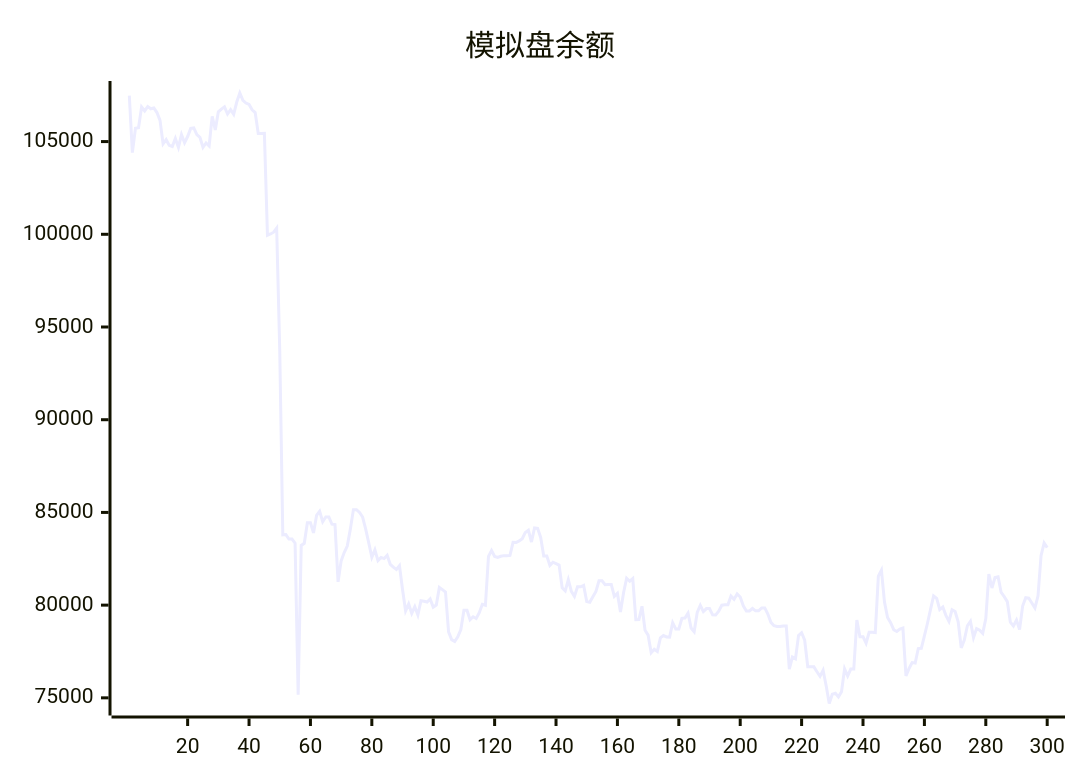
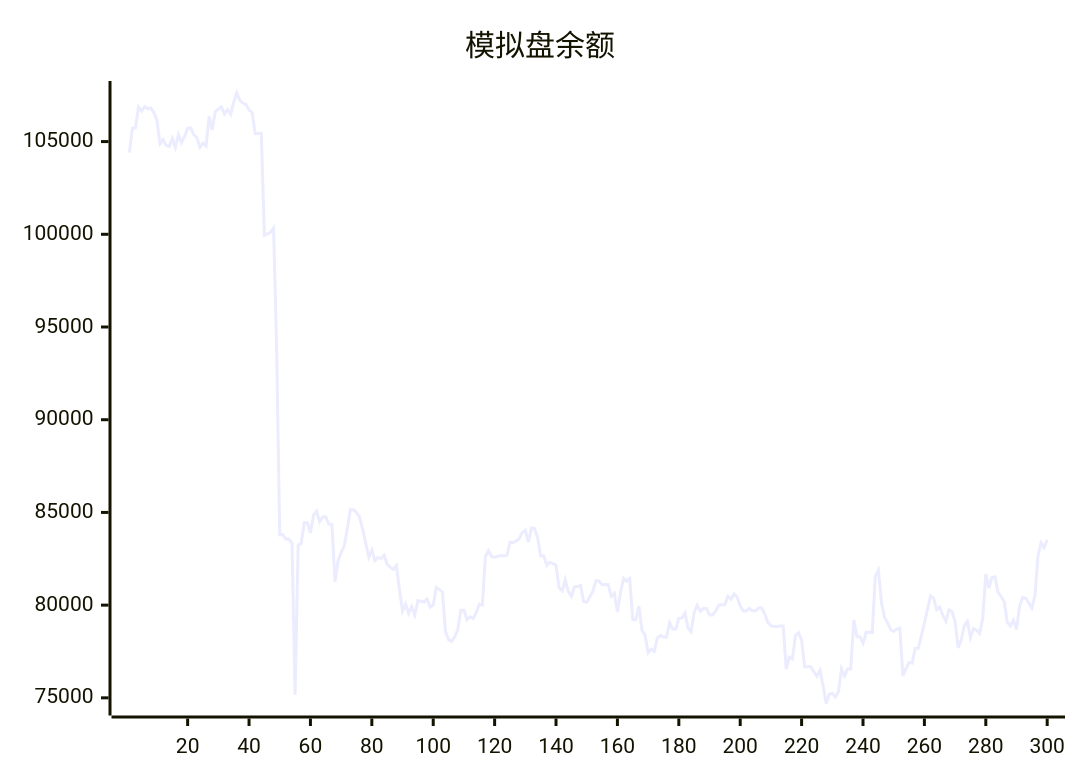
Before and after one commit to aahl/ai-trading: the diagram in README.md, drawn with Mermaid. The commit also changed other lines of this file and 1 other file, not shown here.

````diff
--- a/README.md
+++ b/README.md
@@ -5,5 +5,5 @@
 ```mermaid
 xychart
     title "模拟盘余额"
-    line [107478,104404,105715,105749,106866,106651,106889,106771,106816,106565,106141,104876,105103,104796,104734,105169,104690,105380,104941,105272,105709,105739,105374,105227,104691,104924,104762,106364,105628,106608,106748,106872,106485,106721,106468,107132,107620,107224,107080,107001,106717,106567,105431,105431,105440,99950,100017,100113,100337,93749,83795,83807,83567,83567,83342,75168,83222,83336,84448,84449,83896,84839,85065,84499,84757,84757,84364,84347,81254,82385,82835,83184,84099,85150,85150,85002,84751,84096,83356,82582,82983,82404,82572,82512,82688,82200,82047,81920,82125,80840,79688,80060,79552,79920,79470,80236,80208,80170,80336,79894,80006,80954,80837,80712,78561,78139,78037,78293,78682,79720,79720,79214,79372,79279,79591,80046,79993,82625,82950,82626,82571,82633,82670,82670,82681,83386,83378,83464,83579,83920,84037,83402,84160,84142,83652,82655,82655,82145,82315,82243,82163,80934,80770,81371,80742,80468,80989,80989,81067,80191,80155,80450,80737,81309,81309,81106,81119,81119,80471,80631,79624,80670,81448,81290,81429,79212,79222,79940,78643,78380,77432,77623,77504,78235,78358,78284,78277,79048,78714,78714,79290,79308,79567,78763,78563,79603,79988,79652,79813,79813,79476,79469,79673,79995,80015,80015,80486,80314,80600,80436,79966,79689,79689,79819,79692,79692,79850,79850,79518,79071,78889,78850,78850,78878,78878,76554,77202,77103,78357,78510,78106,76678,76677,76672,76411,76159,76485,75656,74695,75197,75246,75052,75334,76564,76179,76553,76551,79196,78300,78300,77944,78531,78531,78521,81564,81884,80160,79335,79055,78675,78580,78708,78764,76179,76586,76902,76876,77658,77669,78346,79023,79769,80497,80366,79761,79896,79448,79126,79749,79658,79097,77695,78114,78888,79126,78249,78738,78653,78478,79271,81680,80923,81488,81527,80681,80455,80190,79084,78879,79193,78686,79954,80403,80374,80118,79848,80491,82665,83351,83098]
+    line [104404,105715,105749,106866,106651,106889,106771,106816,106565,106141,104876,105103,104796,104734,105169,104690,105380,104941,105272,105709,105739,105374,105227,104691,104924,104762,106364,105628,106608,106748,106872,106485,106721,106468,107132,107620,107224,107080,107001,106717,106567,105431,105431,105440,99950,100017,100113,100337,93749,83795,83807,83567,83567,83342,75168,83222,83336,84448,84449,83896,84839,85065,84499,84757,84757,84364,84347,81254,82385,82835,83184,84099,85150,85150,85002,84751,84096,83356,82582,82983,82404,82572,82512,82688,82200,82047,81920,82125,80840,79688,80060,79552,79920,79470,80236,80208,80170,80336,79894,80006,80954,80837,80712,78561,78139,78037,78293,78682,79720,79720,79214,79372,79279,79591,80046,79993,82625,82950,82626,82571,82633,82670,82670,82681,83386,83378,83464,83579,83920,84037,83402,84160,84142,83652,82655,82655,82145,82315,82243,82163,80934,80770,81371,80742,80468,80989,80989,81067,80191,80155,80450,80737,81309,81309,81106,81119,81119,80471,80631,79624,80670,81448,81290,81429,79212,79222,79940,78643,78380,77432,77623,77504,78235,78358,78284,78277,79048,78714,78714,79290,79308,79567,78763,78563,79603,79988,79652,79813,79813,79476,79469,79673,79995,80015,80015,80486,80314,80600,80436,79966,79689,79689,79819,79692,79692,79850,79850,79518,79071,78889,78850,78850,78878,78878,76554,77202,77103,78357,78510,78106,76678,76677,76672,76411,76159,76485,75656,74695,75197,75246,75052,75334,76564,76179,76553,76551,79196,78300,78300,77944,78531,78531,78521,81564,81884,80160,79335,79055,78675,78580,78708,78764,76179,76586,76902,76876,77658,77669,78346,79023,79769,80497,80366,79761,79896,79448,79126,79749,79658,79097,77695,78114,78888,79126,78249,78738,78653,78478,79271,81680,80923,81488,81527,80681,80455,80190,79084,78879,79193,78686,79954,80403,80374,80118,79848,80491,82665,83351,83098,83525]
 ```
````
